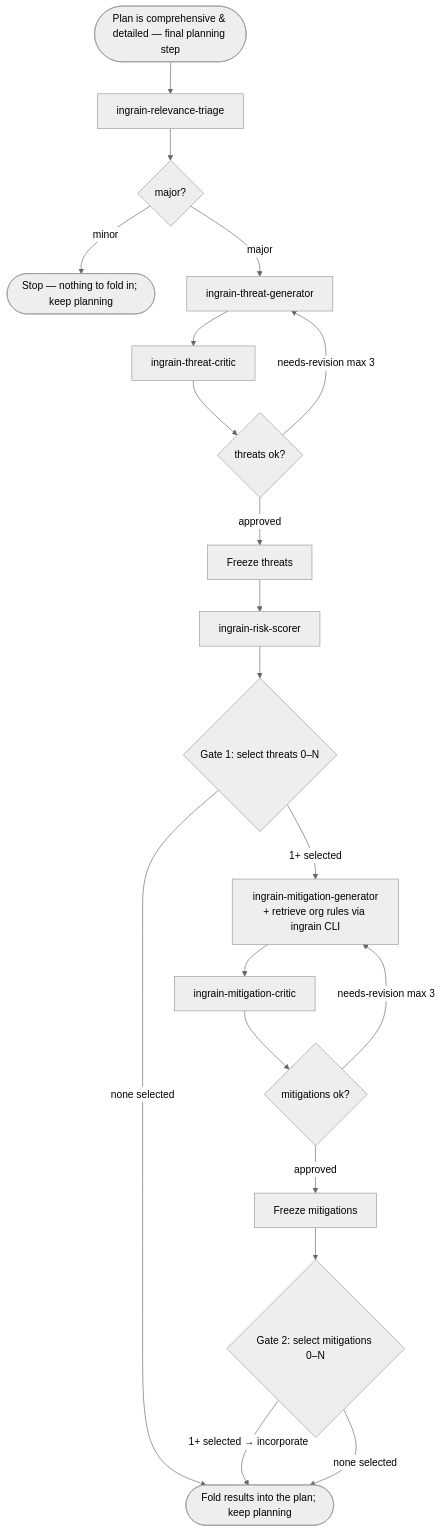
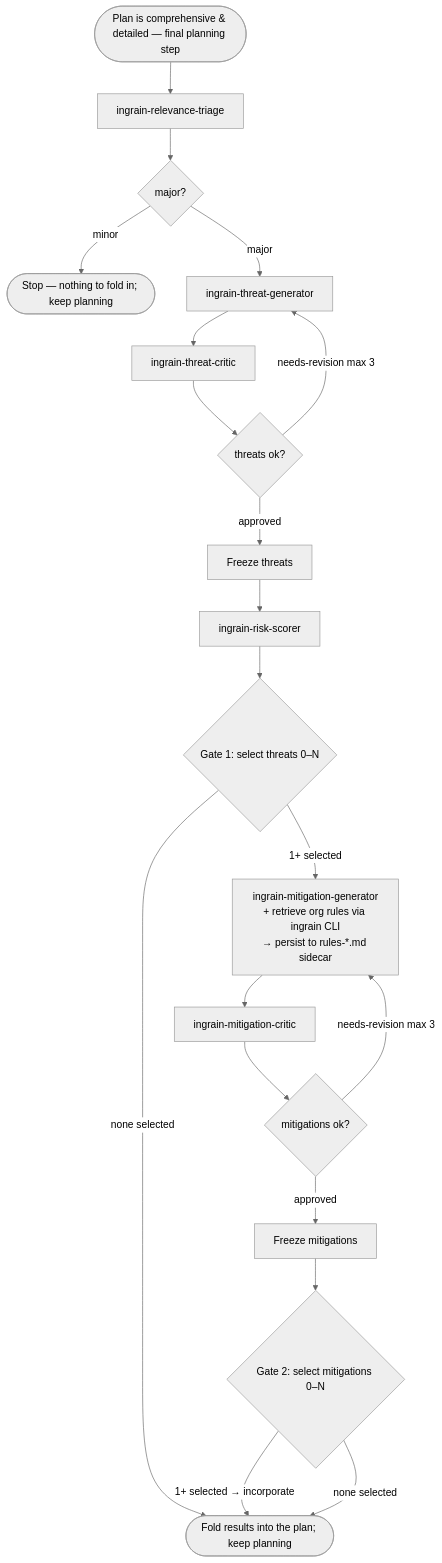
The diagram in skills/ingrain-security/SKILL.md (ingrainlabs/ingrain-security), drawn with Mermaid (neutral theme) before and after one commit. The commit also changed other lines of this file and 17 other files, not shown here.

````diff
--- a/skills/ingrain-security/SKILL.md
+++ b/skills/ingrain-security/SKILL.md
@@ -245,26 +247,26 @@
 ```mermaid
 flowchart TD
     planning([Plan is comprehensive & detailed — final planning step]) --> triage[ingrain-relevance-triage]
     triage --> majorQ{major?}
     majorQ -->|minor| stop([Stop — nothing to fold in; keep planning])
     majorQ -->|major| threatGen[ingrain-threat-generator]
 
     threatGen --> threatCritic[ingrain-threat-critic]
     threatCritic --> threatsOk{threats ok?}
     threatsOk -->|needs-revision max 3| threatGen
     threatsOk -->|approved| freezeThreats[Freeze threats]
 
     freezeThreats --> riskScorer[ingrain-risk-scorer]
     riskScorer --> gate1{Gate 1: select threats 0–N}
     gate1 -->|none selected| done([Fold results into the plan; keep planning])
-    gate1 -->|1+ selected| mitGen[ingrain-mitigation-generator<br/>+ retrieve org rules via ingrain CLI]
+    gate1 -->|1+ selected| mitGen[ingrain-mitigation-generator<br/>+ retrieve org rules via ingrain CLI<br/>→ persist to rules-*.md sidecar]
 
     mitGen --> mitCritic[ingrain-mitigation-critic]
     mitCritic --> mitsOk{mitigations ok?}
     mitsOk -->|needs-revision max 3| mitGen
     mitsOk -->|approved| freezeMits[Freeze mitigations]
 
     freezeMits --> gate2{Gate 2: select mitigations 0–N}
     gate2 -->|1+ selected → incorporate| done
     gate2 -->|none selected| done
 ```
````
